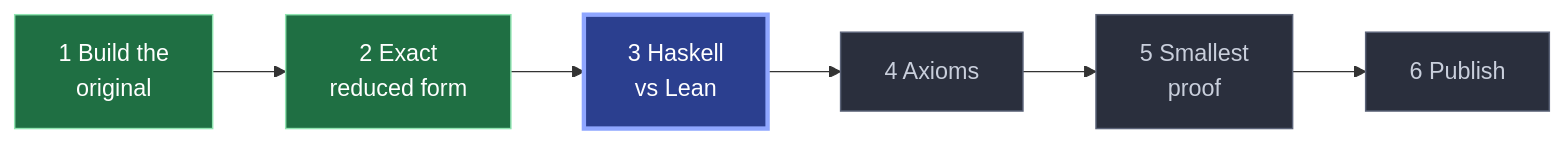
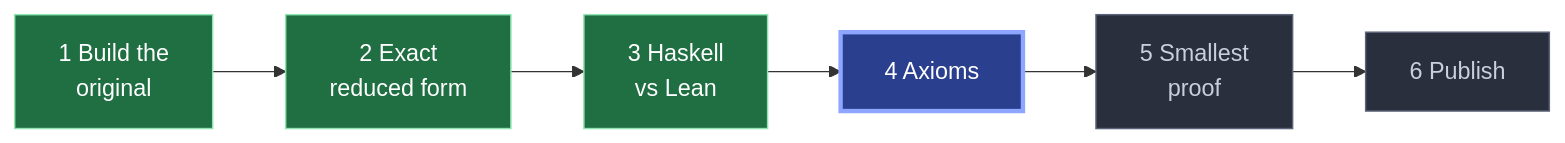
Before and after one commit to keithadler/rh-trim: the diagram in BUILD-STATUS.md, drawn with Mermaid. The commit also changed other lines of this file and 2 other files, not shown here.

````diff
--- a/BUILD-STATUS.md
+++ b/BUILD-STATUS.md
@@ -18,14 +18,14 @@
 ```mermaid
 flowchart LR
   build["1 Build the<br>original"] --> export["2 Exact<br>reduced form"] --> race["3 Haskell<br>vs Lean"] --> axioms["4 Axioms"] --> minify["5 Smallest<br>proof"] --> publish["6 Publish"]
   classDef done fill:#1f6f43,stroke:#8fe3b0,color:#fff
   classDef now fill:#2b3f8f,stroke:#8fa6ff,color:#fff,stroke-width:3px
   classDef next fill:#2a2f3d,stroke:#5b6378,color:#c9cfdc
   classDef stop fill:#7a2a2a,stroke:#ff9b9b,color:#fff
   class build done
   class export done
-  class race now
-  class axioms next
+  class race done
+  class axioms now
   class minify next
   class publish next
 ```
````
